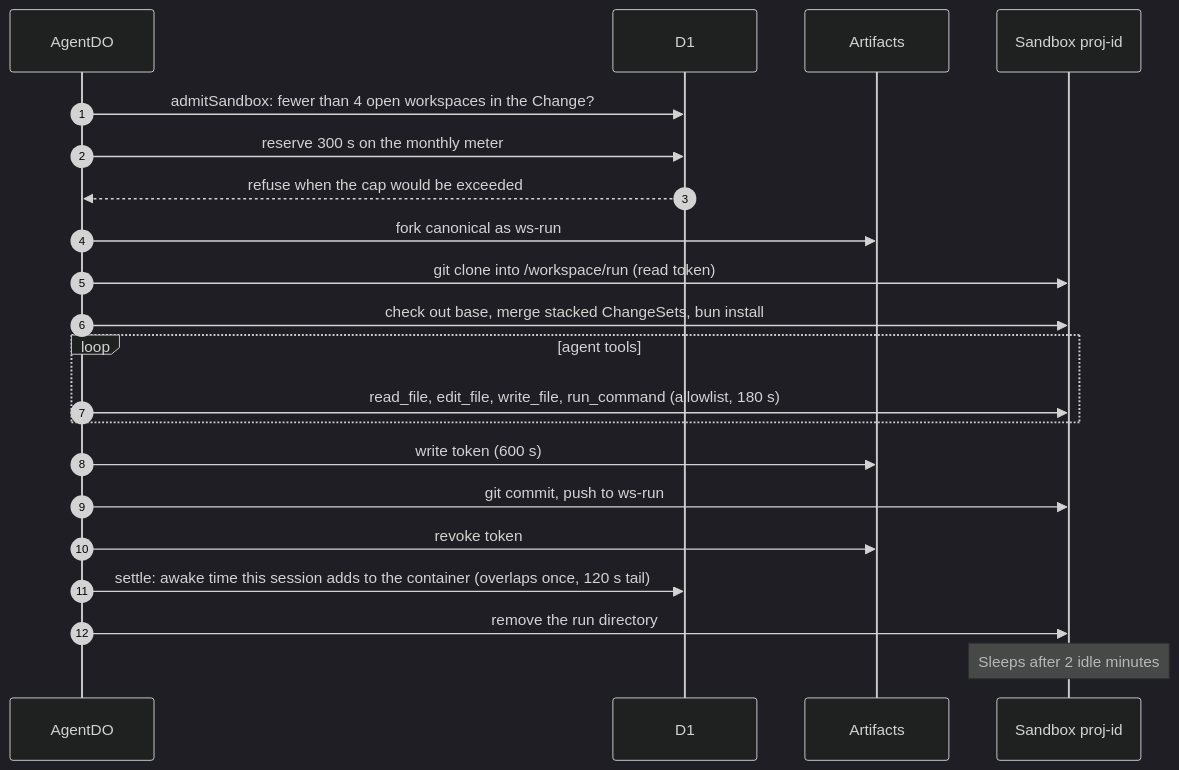
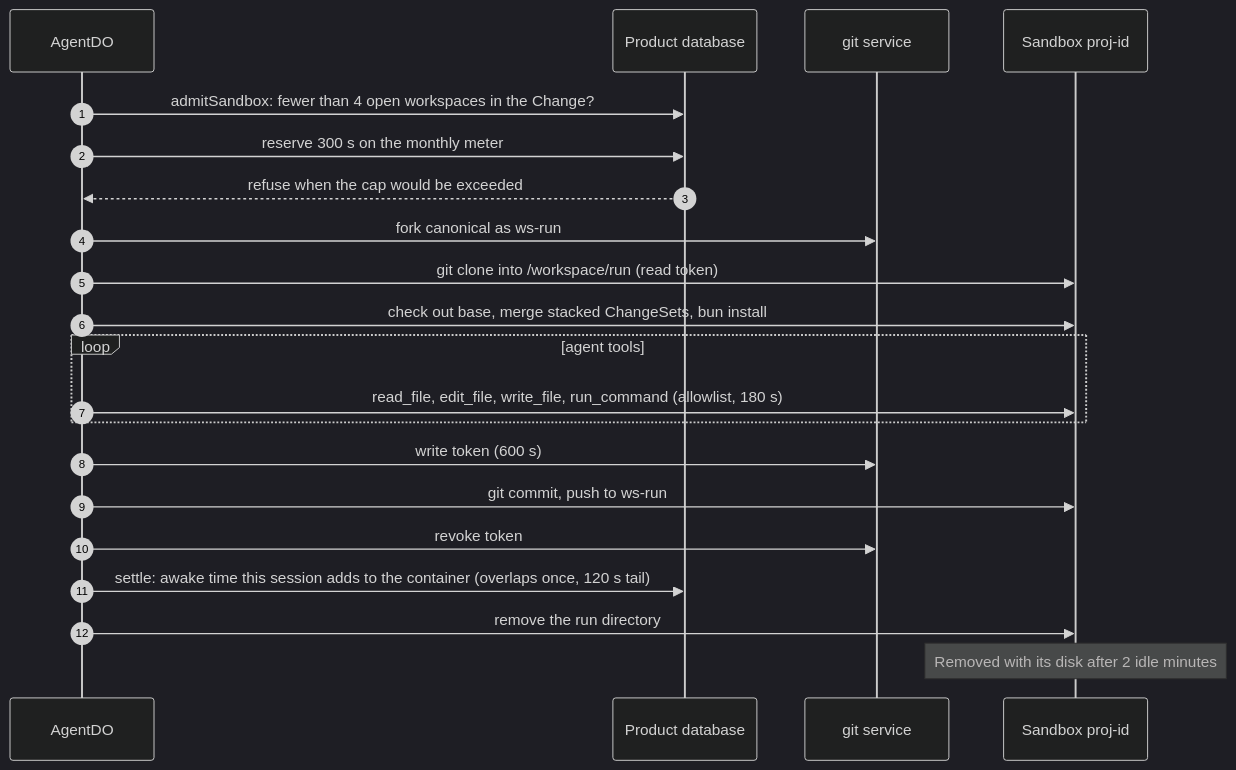
Before and after one commit to nsudhanva/rhumbatron: the third of 8 diagrams in docs/architecture/source-and-verification.md, drawn with Mermaid (dark theme). The commit also changed other lines of this file and 322 other files, not shown here.

````diff
--- a/docs/architecture/source-and-verification.md
+++ b/docs/architecture/source-and-verification.md
@@ -111,24 +115,24 @@
 ```mermaid
 sequenceDiagram
   autonumber
   participant A as AgentDO
-  participant D1 as D1
-  participant Art as Artifacts
+  participant DB as Product database
+  participant Art as git service
   participant SBX as Sandbox proj-id
 
-  A->>D1: admitSandbox: fewer than 4 open workspaces in the Change?
-  A->>D1: reserve 300 s on the monthly meter
-  D1-->>A: refuse when the cap would be exceeded
+  A->>DB: admitSandbox: fewer than 4 open workspaces in the Change?
+  A->>DB: reserve 300 s on the monthly meter
+  DB-->>A: refuse when the cap would be exceeded
   A->>Art: fork canonical as ws-run
   A->>SBX: git clone into /workspace/run (read token)
   A->>SBX: check out base, merge stacked ChangeSets, bun install
   loop agent tools
     A->>SBX: read_file, edit_file, write_file, run_command (allowlist, 180 s)
   end
   A->>Art: write token (600 s)
   A->>SBX: git commit, push to ws-run
   A->>Art: revoke token
-  A->>D1: settle: awake time this session adds to the container (overlaps once, 120 s tail)
+  A->>DB: settle: awake time this session adds to the container (overlaps once, 120 s tail)
   A->>SBX: remove the run directory
-  Note over SBX: Sleeps after 2 idle minutes
+  Note over SBX: Removed with its disk after 2 idle minutes
 ```
````
